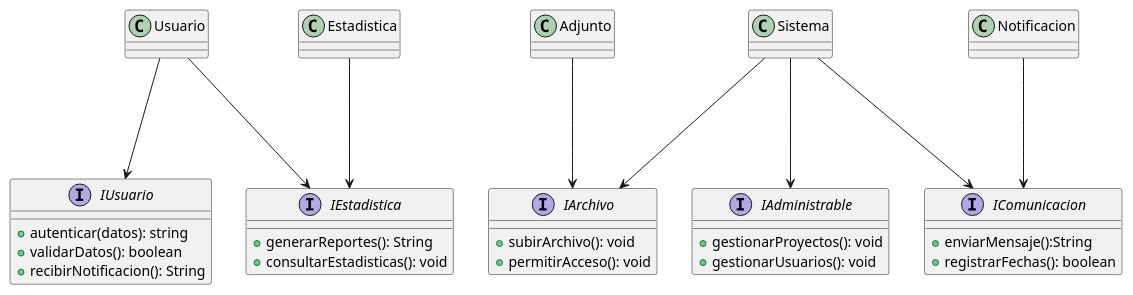
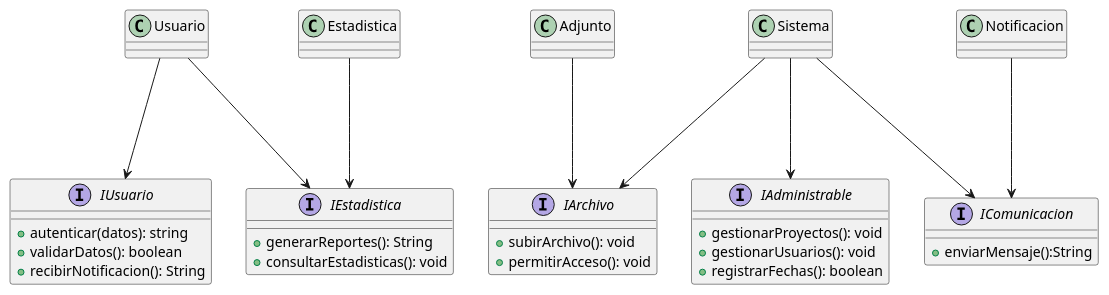
One commit to 9919-Mili/SistemaProductoraVideos changed the diagram in diagramas/01-diagrama-clases/01-solid-04-isp.puml. Above: the diagram before and after it, drawn with PlantUML. The commit also changed 1 other file, not shown here.

```diff
--- a/diagramas/01-diagrama-clases/01-solid-04-isp.puml
+++ b/diagramas/01-diagrama-clases/01-solid-04-isp.puml
@@ -1,43 +1,44 @@
 @startUML Segregacion de Interfaces (ISP)
 
 
 interface IUsuario {
         +autenticar(datos): string
         +validarDatos(): boolean 
         +recibirNotificacion(): String
 }
 
 interface IAdministrable{
         +gestionarProyectos(): void
         +gestionarUsuarios(): void
+        +registrarFechas(): boolean
 }
 
 interface IComunicacion {
         +enviarMensaje():String
-        +registrarFechas(): boolean
+
         
 }
 
 interface IArchivo {
         +subirArchivo(): void
         +permitirAcceso(): void
 
         }
 
 interface IEstadistica {
         +generarReportes(): String
         +consultarEstadisticas(): void
 }
 
 Usuario ===> IUsuario 
 Usuario===> IEstadistica
 Sistema ===> IAdministrable
 Sistema ===> IComunicacion
 Sistema ===> IArchivo
 Notificacion ===> IComunicacion
 Adjunto ===> IArchivo
 Estadistica ===> IEstadistica
 
 
 
 @endUML
```
